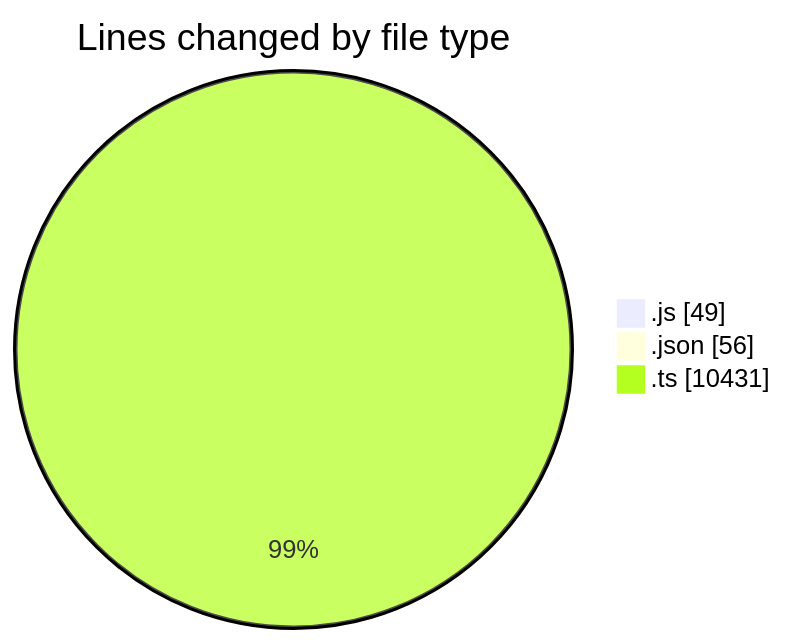
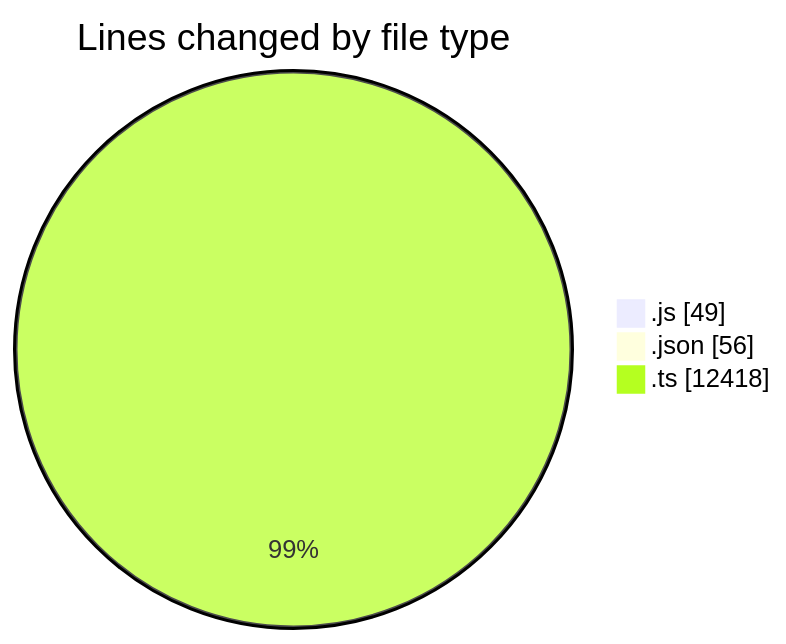
One commit to momahboobian/code-tracking changed the first of 2 diagrams in 2025-09-04/cda/README.md. Above: the diagram before and after it, drawn with Mermaid. The commit also changed other lines of this file and 1 other file, not shown here.

````diff
--- a/2025-09-04/cda/README.md
+++ b/2025-09-04/cda/README.md
@@ -25,7 +25,7 @@
 ```mermaid
 pie showData
 title Lines changed by file type
 ".js" : 49
 ".json" : 56
-".ts" : 10431
+".ts" : 12418
 ```
````
